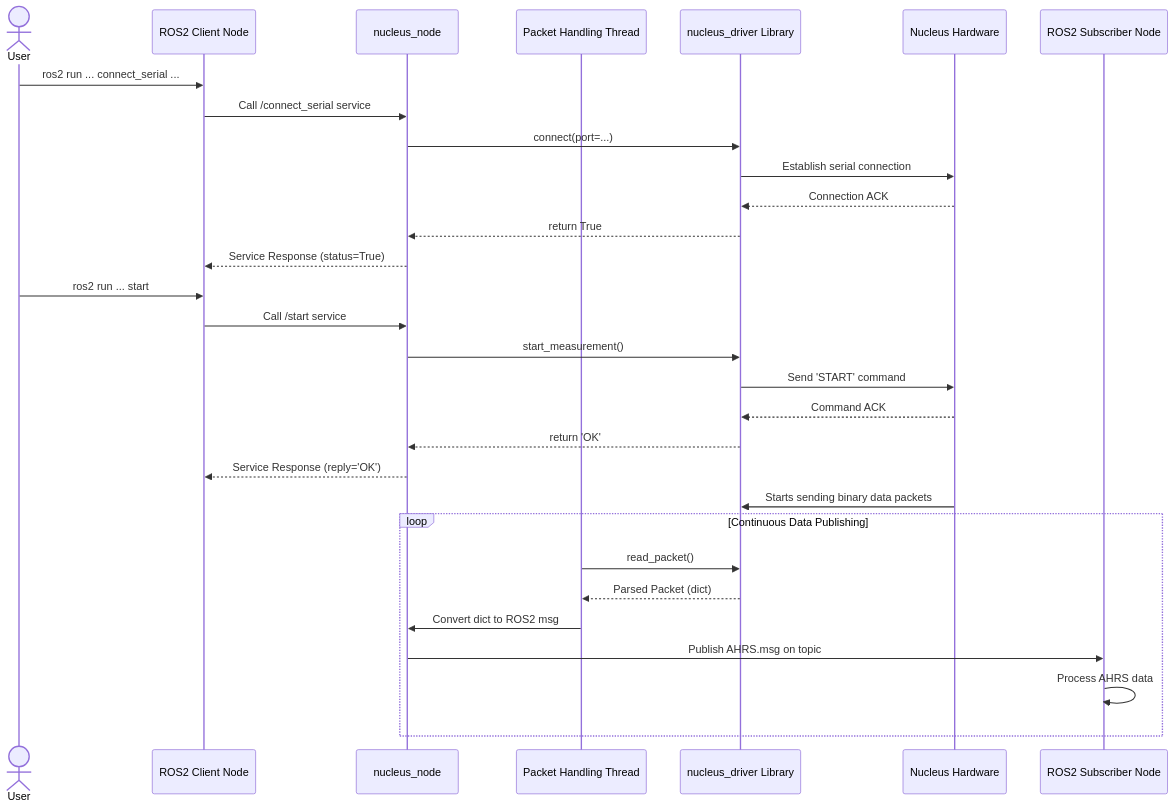
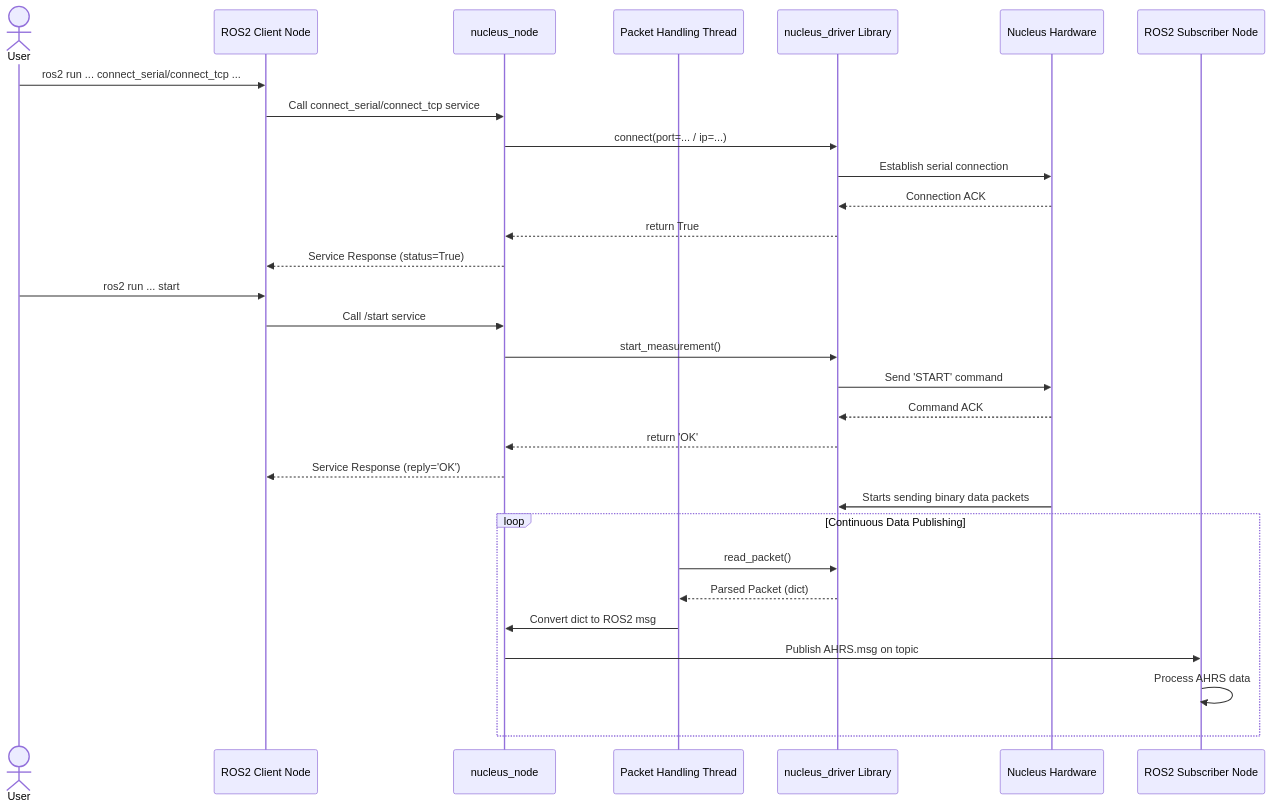
Before and after one commit to GSO-soslab/nucleus_driver: the second of 2 diagrams in ros2/docs/ROS2_WRAPPER_EXPLANATION.md, drawn with Mermaid. The commit also changed other lines of this file, not shown here.

````diff
--- a/ros2/docs/ROS2_WRAPPER_EXPLANATION.md
+++ b/ros2/docs/ROS2_WRAPPER_EXPLANATION.md
@@ -144,36 +144,36 @@
 ```mermaid
 sequenceDiagram
     actor User
     participant ClientNode as ROS2 Client Node
     participant NucleusNode as nucleus_node
     participant PacketThread as Packet Handling Thread
     participant NucleusDriver as nucleus_driver Library
     participant Device as Nucleus Hardware
     participant SubscriberNode as ROS2 Subscriber Node
 
-    User->>ClientNode: ros2 run ... connect_serial ...
-    ClientNode->>NucleusNode: Call /connect_serial service
-    NucleusNode->>NucleusDriver: connect(port=...)
+    User->>ClientNode: ros2 run ... connect_serial/connect_tcp ...
+    ClientNode->>NucleusNode: Call connect_serial/connect_tcp service
+    NucleusNode->>NucleusDriver: connect(port=... / ip=...)
     NucleusDriver->>Device: Establish serial connection
     Device-->>NucleusDriver: Connection ACK
     NucleusDriver-->>NucleusNode: return True
     NucleusNode-->>ClientNode: Service Response (status=True)
     
     User->>ClientNode: ros2 run ... start
     ClientNode->>NucleusNode: Call /start service
     NucleusNode->>NucleusDriver: start_measurement()
     NucleusDriver->>Device: Send 'START' command
     Device-->>NucleusDriver: Command ACK
     NucleusDriver-->>NucleusNode: return 'OK'
     NucleusNode-->>ClientNode: Service Response (reply='OK')
     
     Device->>NucleusDriver: Starts sending binary data packets
     
     loop Continuous Data Publishing
         PacketThread->>NucleusDriver: read_packet()
         NucleusDriver-->>PacketThread: Parsed Packet (dict)
         PacketThread->>NucleusNode: Convert dict to ROS2 msg
         NucleusNode->>SubscriberNode: Publish AHRS.msg on topic
         SubscriberNode->>SubscriberNode: Process AHRS data
     end
 ```
````
